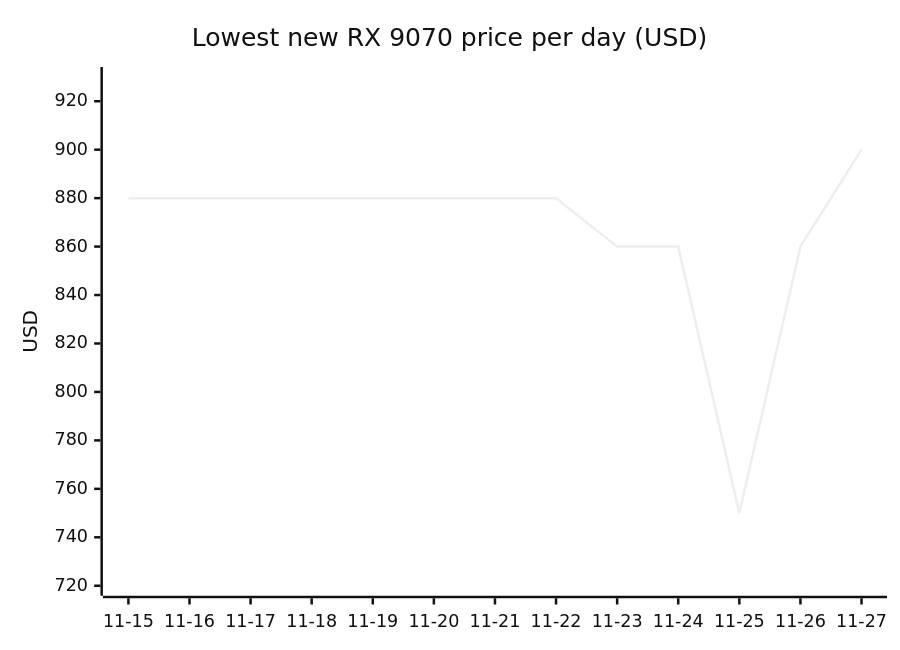
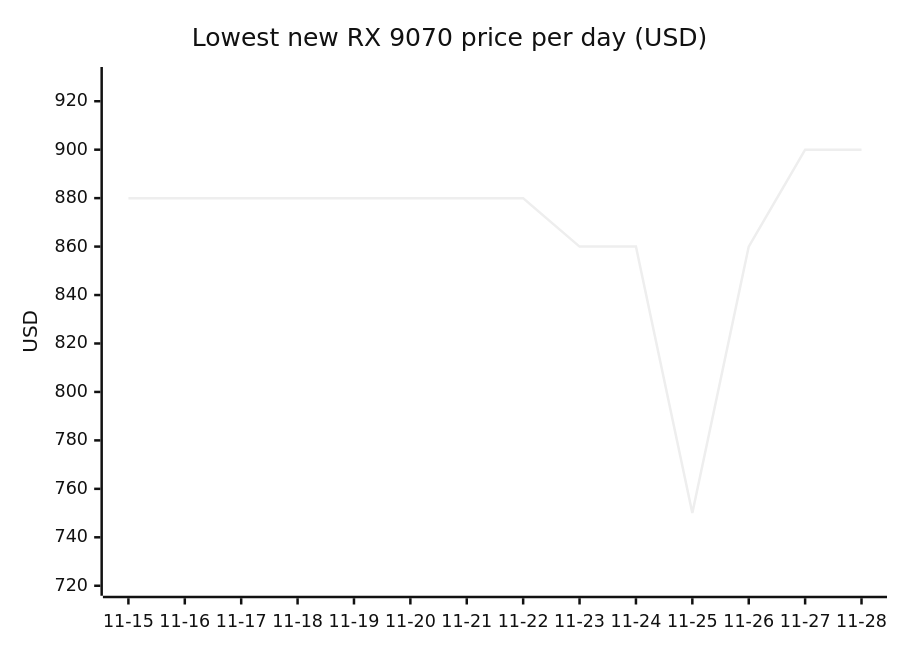
Diagram 12 of 18 in README.md (7324136828/4tb_ssd_price_watch), drawn with Mermaid (neutral theme) before and after one commit. The commit also changed other lines of this file, not shown here.

````diff
--- a/README.md
+++ b/README.md
@@ -1340,7 +1377,7 @@
 ```mermaid
 xychart-beta
     title "Lowest new RX 9070 price per day (USD)"
-    x-axis ["11-15", "11-16", "11-17", "11-18", "11-19", "11-20", "11-21", "11-22", "11-23", "11-24", "11-25", "11-26", "11-27"]
+    x-axis ["11-15", "11-16", "11-17", "11-18", "11-19", "11-20", "11-21", "11-22", "11-23", "11-24", "11-25", "11-26", "11-27", "11-28"]
     y-axis "USD" 720 --> 930
-    line [879.99, 879.99, 879.99, 879.99, 879.99, 879.99, 879.99, 879.99, 859.99, 859.99, 749.99, 859.99, 899.99]
+    line [879.99, 879.99, 879.99, 879.99, 879.99, 879.99, 879.99, 879.99, 859.99, 859.99, 749.99, 859.99, 899.99, 899.99]
 ```
````
